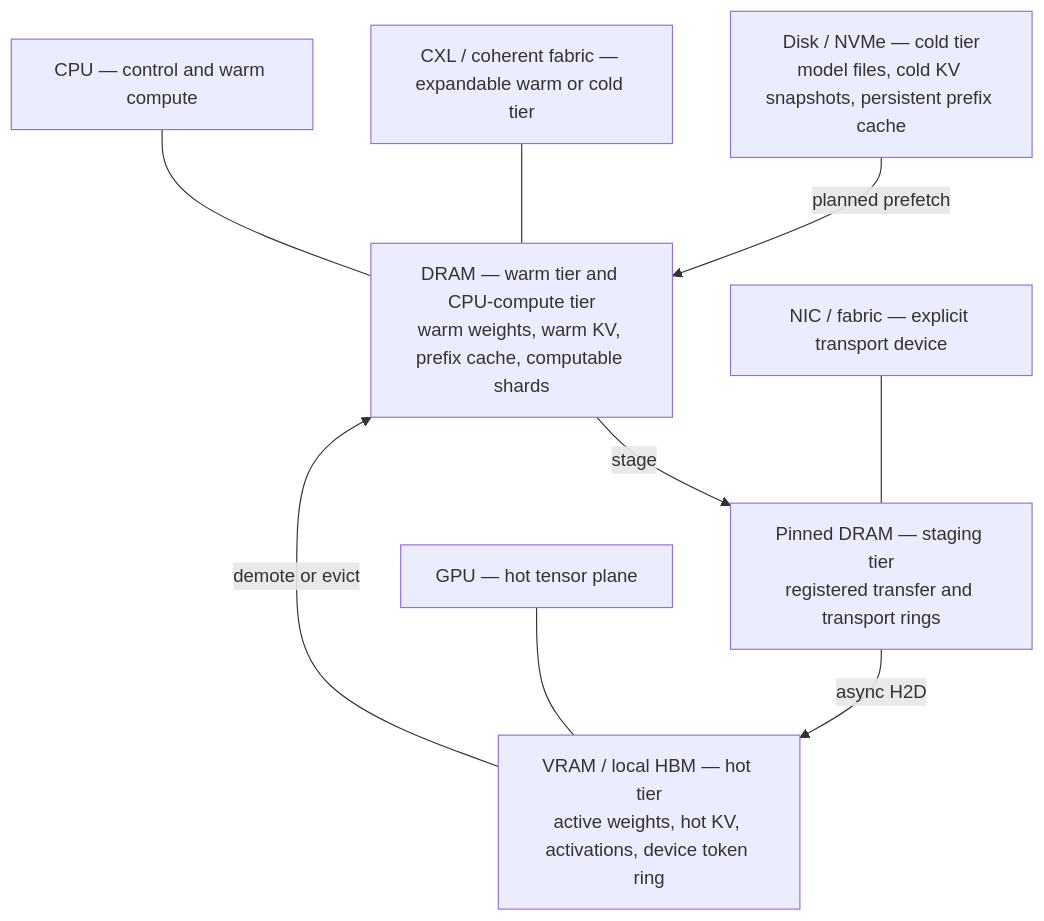
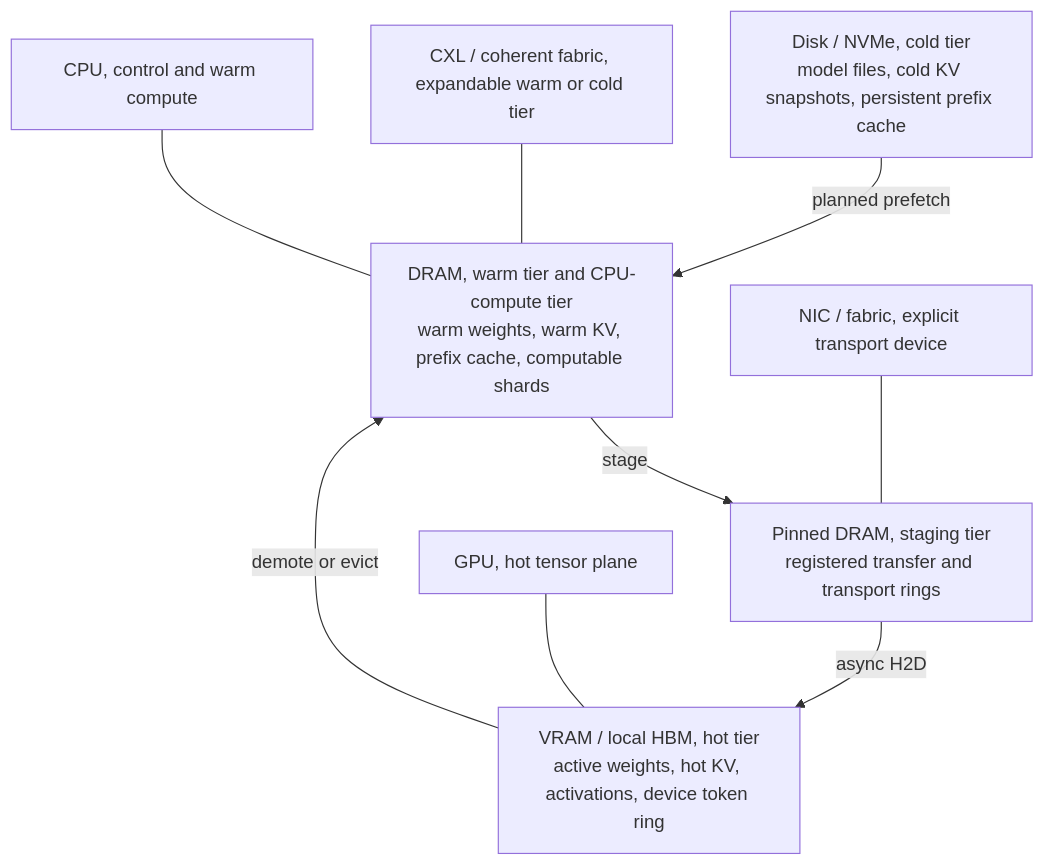
One commit to dacely-cloud/nerva changed the third of 8 diagrams in README.md. Above: the diagram before and after it, drawn with Mermaid. The commit also changed other lines of this file, not shown here.

````diff
--- a/README.md
+++ b/README.md
@@ -150,16 +162,16 @@
 ```mermaid
 flowchart TB
-    DISK["Disk / NVMe — cold tier<br/>model files, cold KV snapshots, persistent prefix cache"]
-    CXL["CXL / coherent fabric — expandable warm or cold tier"]
-    DRAM["DRAM — warm tier and CPU-compute tier<br/>warm weights, warm KV, prefix cache, computable shards"]
-    PIN["Pinned DRAM — staging tier<br/>registered transfer and transport rings"]
-    VRAM["VRAM / local HBM — hot tier<br/>active weights, hot KV, activations, device token ring"]
+    DISK["Disk / NVMe, cold tier<br/>model files, cold KV snapshots, persistent prefix cache"]
+    CXL["CXL / coherent fabric, expandable warm or cold tier"]
+    DRAM["DRAM, warm tier and CPU-compute tier<br/>warm weights, warm KV, prefix cache, computable shards"]
+    PIN["Pinned DRAM, staging tier<br/>registered transfer and transport rings"]
+    VRAM["VRAM / local HBM, hot tier<br/>active weights, hot KV, activations, device token ring"]
     DISK -->|planned prefetch| DRAM
     CXL --- DRAM
     DRAM -->|stage| PIN
     PIN -->|async H2D| VRAM
     VRAM -->|demote or evict| DRAM
-    GPU["GPU — hot tensor plane"] --- VRAM
-    CPUc["CPU — control and warm compute"] --- DRAM
-    NIC["NIC / fabric — explicit transport device"] --- PIN
+    GPU["GPU, hot tensor plane"] --- VRAM
+    CPUc["CPU, control and warm compute"] --- DRAM
+    NIC["NIC / fabric, explicit transport device"] --- PIN
 ```
````
